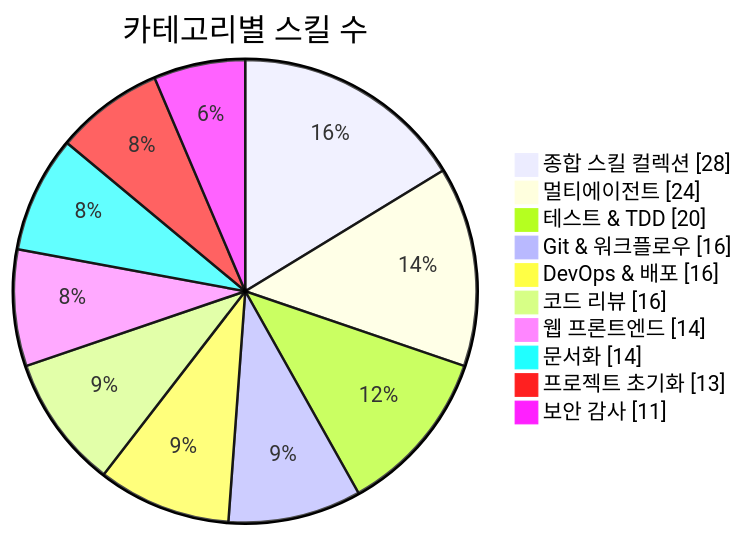
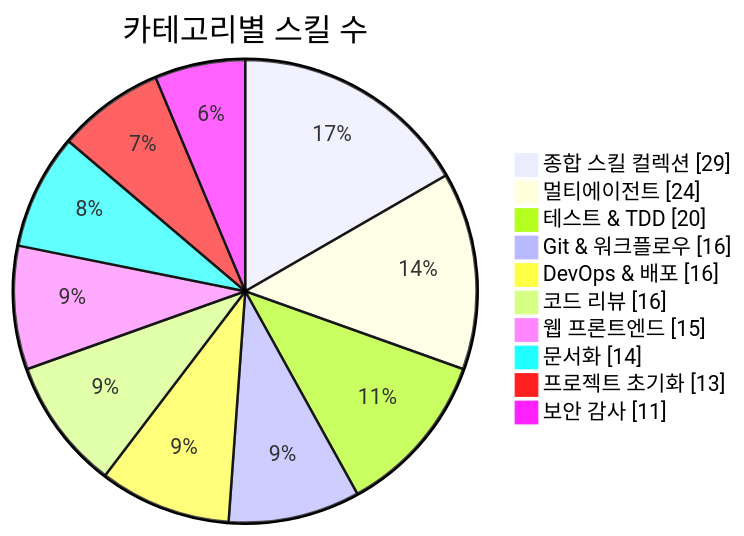
The first of 3 diagrams in README.md (J-nowcow/awesome-korean-agent-skills), drawn with Mermaid before and after one commit. The commit also changed other lines of this file and 5 other files, not shown here.

````diff
--- a/README.md
+++ b/README.md
@@ -176,14 +176,14 @@
 ```mermaid
 pie showData
     title 카테고리별 스킬 수
-    "종합 스킬 컬렉션" : 28
+    "종합 스킬 컬렉션" : 29
     "멀티에이전트" : 24
     "테스트 & TDD" : 20
     "Git & 워크플로우" : 16
     "DevOps & 배포" : 16
     "코드 리뷰" : 16
-    "웹 프론트엔드" : 14
+    "웹 프론트엔드" : 15
     "문서화" : 14
     "프로젝트 초기화" : 13
     "보안 감사" : 11
 ```
````
